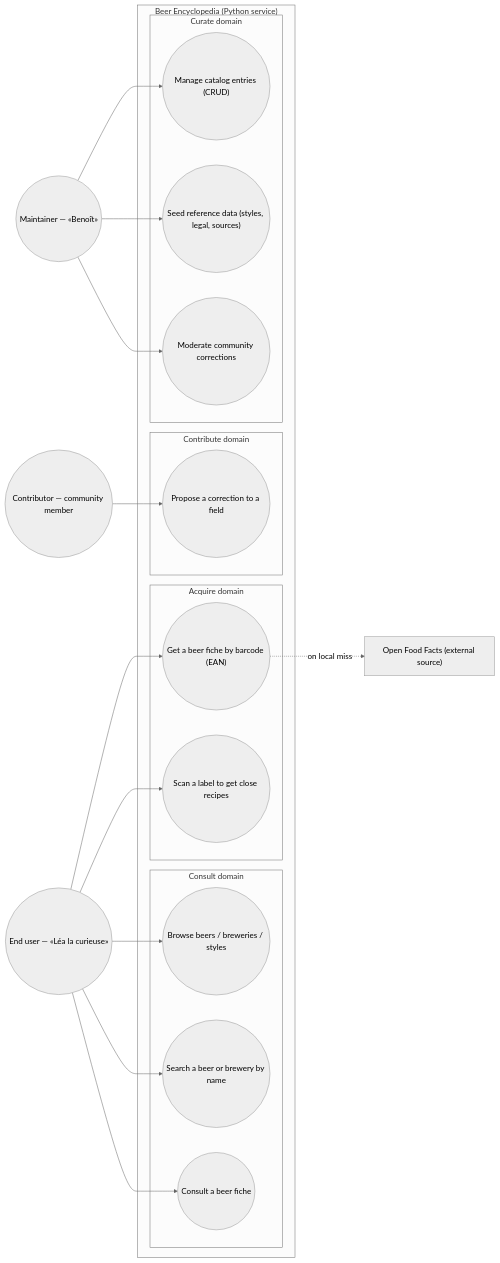
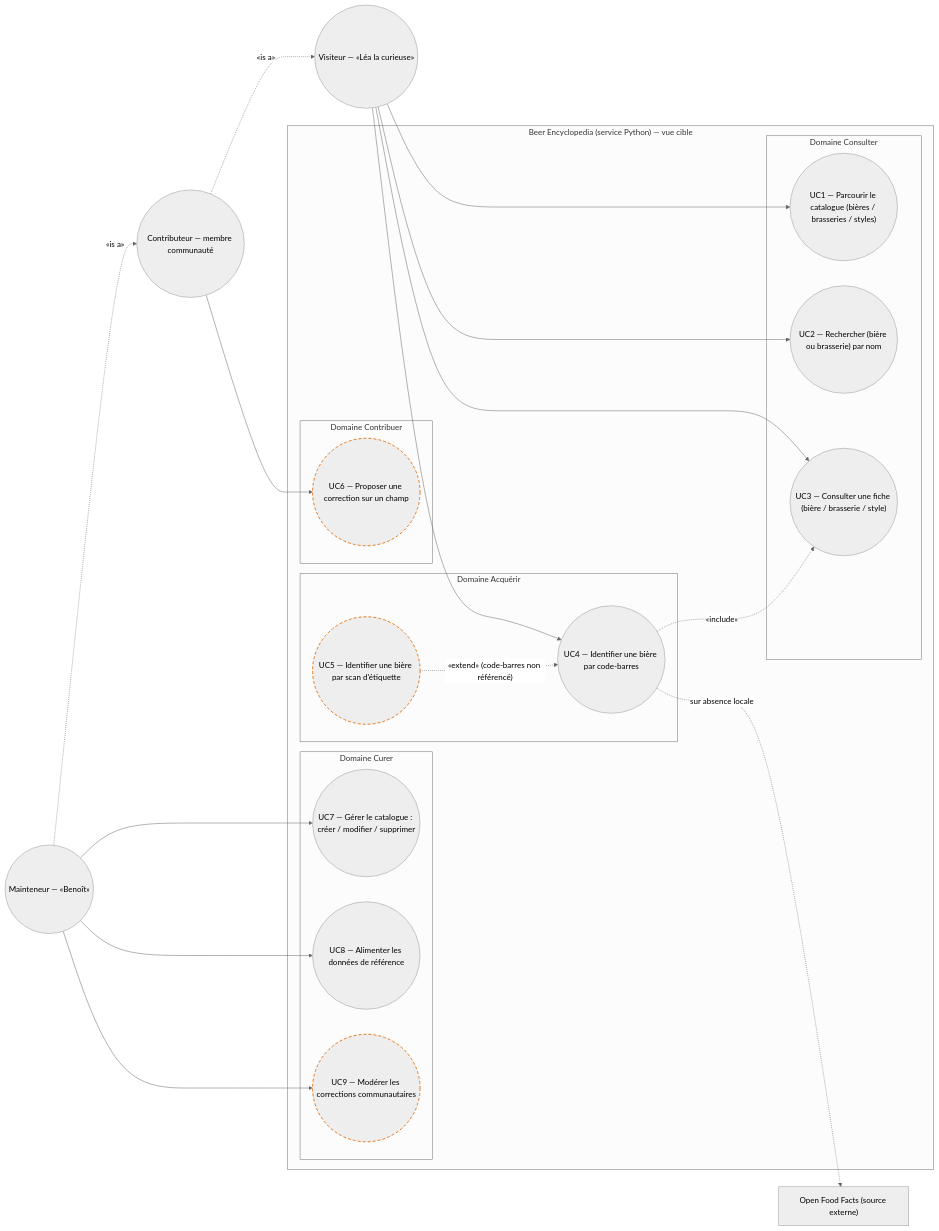
One commit to benoit-bremaud/brasse-bouillon changed the first of 2 diagrams in packages/beer-encyclopedia/docs/diagrams/beer-encyclopedia/01-use-case.md. Above: the diagram before and after it, drawn with Mermaid (neutral theme). The commit also changed other lines of this file, not shown here.

First line of the commit message:
docs(beer-encyclopedia): use-case study in FR with PlantUML + Cockburn specs

````diff
--- a/packages/beer-encyclopedia/docs/diagrams/beer-encyclopedia/01-use-case.md
+++ b/packages/beer-encyclopedia/docs/diagrams/beer-encyclopedia/01-use-case.md
@@ -20,39 +25,47 @@
 ```mermaid
 flowchart LR
-  Visitor(("End user — «Léa la curieuse»"))
-  Contributor(("Contributor — community member"))
-  Maintainer(("Maintainer — «Benoît»"))
-  OFF["Open Food Facts (external source)"]
+  Visitor(("Visiteur — «Léa la curieuse»"))
+  Contributor(("Contributeur — membre communauté"))
+  Maintainer(("Mainteneur — «Benoît»"))
+  OFF["Open Food Facts (source externe)"]
 
-  subgraph SYSTEM ["Beer Encyclopedia (Python service)"]
-    subgraph Consult ["Consult domain"]
-      UC1(("Browse beers / breweries / styles"))
-      UC2(("Search a beer or brewery by name"))
-      UC3(("Consult a beer fiche"))
+  %% Généralisation d'acteurs : l'enfant hérite des buts du parent
+  Maintainer -.->|"«is a»"| Contributor
+  Contributor -.->|"«is a»"| Visitor
+
+  subgraph SYSTEM ["Beer Encyclopedia (service Python) — vue cible"]
+    subgraph Consult ["Domaine Consulter"]
+      UC1(("UC1 — Parcourir le catalogue (bières / brasseries / styles)"))
+      UC2(("UC2 — Rechercher (bière ou brasserie) par nom"))
+      UC3(("UC3 — Consulter une fiche (bière / brasserie / style)"))
     end
-    subgraph Acquire ["Acquire domain"]
-      UC4(("Get a beer fiche by barcode (EAN)"))
-      UC5(("Scan a label to get close recipes"))
+    subgraph Acquire ["Domaine Acquérir"]
+      UC4(("UC4 — Identifier une bière par code-barres"))
+      UC5(("UC5 — Identifier une bière par scan d'étiquette"))
     end
-    subgraph Contribute ["Contribute domain"]
-      UC6(("Propose a correction to a field"))
+    subgraph Contribute ["Domaine Contribuer"]
+      UC6(("UC6 — Proposer une correction sur un champ"))
     end
-    subgraph Curate ["Curate domain"]
-      UC7(("Manage catalog entries (CRUD)"))
-      UC8(("Seed reference data (styles, legal, sources)"))
-      UC9(("Moderate community corrections"))
+    subgraph Curate ["Domaine Curer"]
+      UC7(("UC7 — Gérer le catalogue : créer / modifier / supprimer"))
+      UC8(("UC8 — Alimenter les données de référence"))
+      UC9(("UC9 — Modérer les corrections communautaires"))
     end
   end
 
   Visitor --> UC1
   Visitor --> UC2
   Visitor --> UC3
   Visitor --> UC4
-  Visitor --> UC5
   Contributor --> UC6
   Maintainer --> UC7
   Maintainer --> UC8
   Maintainer --> UC9
 
-  UC4 -.->|"on local miss"| OFF
+  UC5 -.->|"«extend» (code-barres non référencé)"| UC4
+  UC4 -.->|"«include»"| UC3
+  UC4 -.->|"sur absence locale"| OFF
+
+  classDef planned stroke:#e67e22,stroke-width:2px,stroke-dasharray:6 4;
+  class UC5,UC6,UC9 planned;
 ```
````
